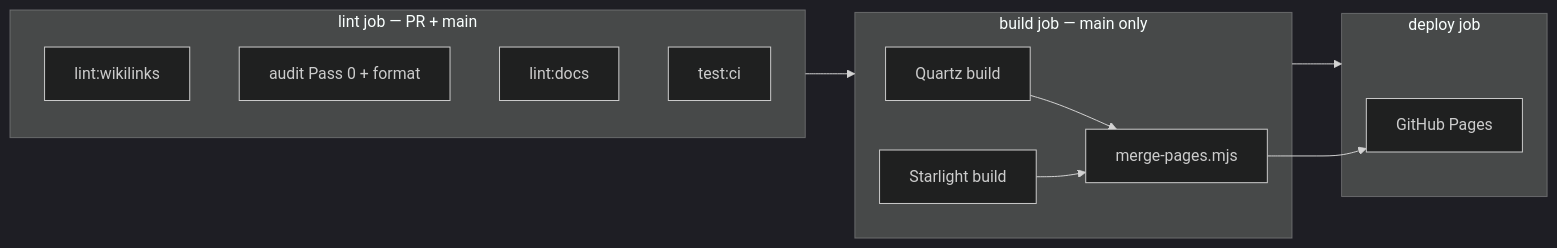
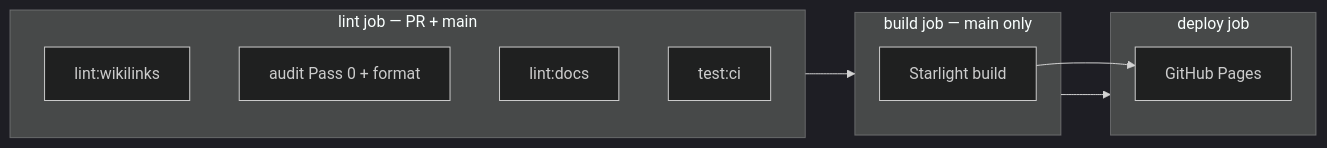
The diagram in docs/PIPELINE.md (LOsioChico/knowledge-base), drawn with Mermaid (dark theme) before and after one commit. The commit also changed other lines of this file and 115 other files, not shown here.

````diff
--- a/docs/PIPELINE.md
+++ b/docs/PIPELINE.md
@@ -7,22 +7,18 @@
 ```mermaid
 flowchart LR
   subgraph lint [lint job — PR + main]
     W[lint:wikilinks]
     P0[audit Pass 0 + format]
     D[lint:docs]
     T[test:ci]
   end
   subgraph build [build job — main only]
-    Q[Quartz build]
     S[Starlight build]
-    M[merge-pages.mjs]
   end
   subgraph deploy [deploy job]
     P[GitHub Pages]
   end
   lint --> build
   build --> deploy
-  Q --> M
-  S --> M
-  M --> P
+  S --> P
 ```
````
